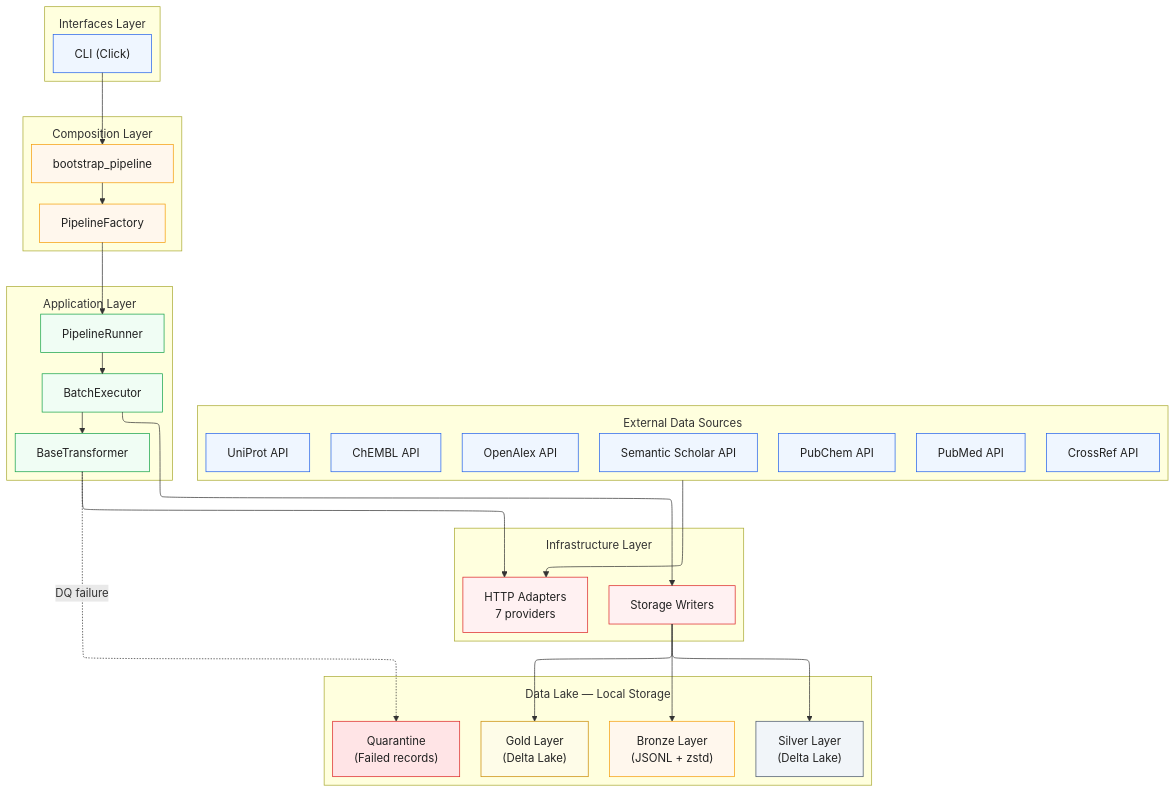
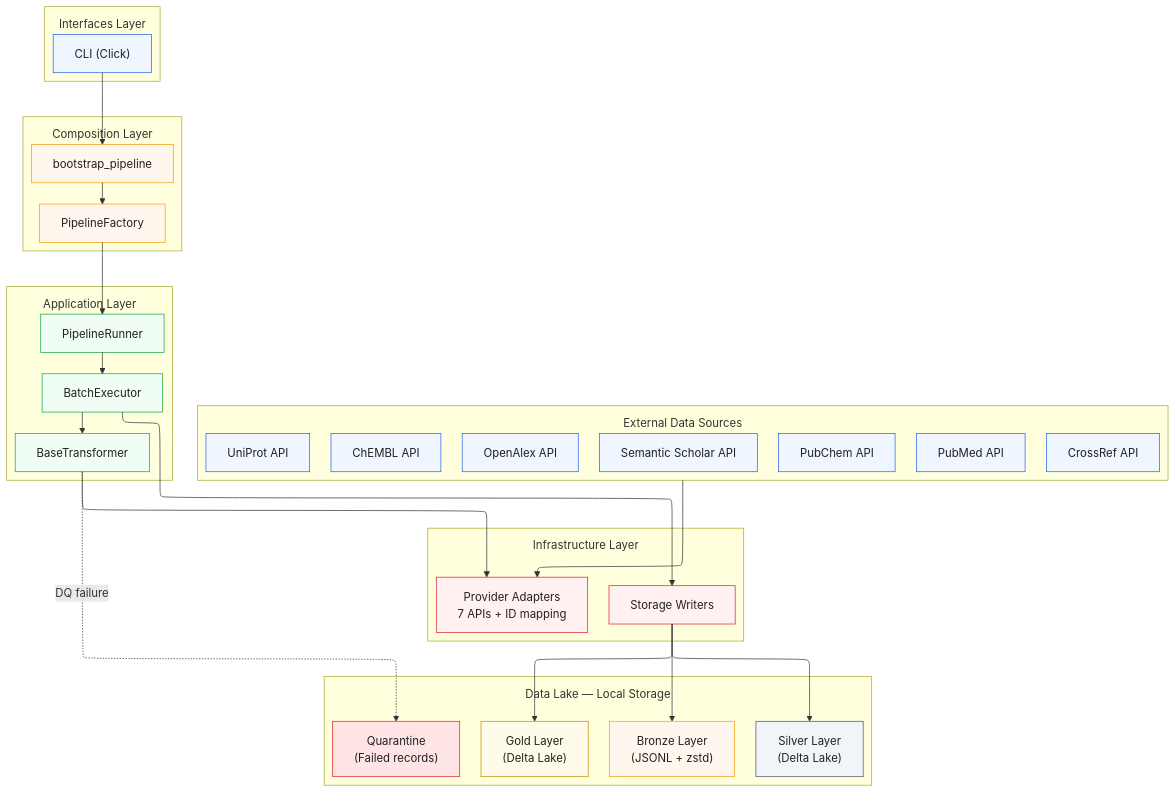
The diagram in docs/02-architecture/diagrams/foundation/01-high-level.mmd (SatoryKono/BioactivityDataAcquisition), drawn with Mermaid before and after one commit. The commit also changed 271 other files, not shown here.

```diff
--- a/docs/02-architecture/diagrams/foundation/01-high-level.mmd
+++ b/docs/02-architecture/diagrams/foundation/01-high-level.mmd
@@ -1,93 +1,93 @@
 %% Title: High-Level System Architecture
 %% Covers: RULES.md §1.1 (Five-Layer Architecture)
 %% Updated: 2026-02-17
 %% Components: CLI, Bootstrap, PipelineFactory, PipelineRunner, BatchExecutor, BaseTransformer, BaseHttpAdapter, BronzeStoragePort, SilverStoragePort, GoldStoragePort
 
 %% @version 1.0.0
 %% @date    2026-02-24
 %% @type    flowchart
 %% @level   Mixed (System / Component / Class)
 %% @nodes   20
 %%{init: {
   'flowchart': {
     'subGraphTitleMargin': { 'top': 12, 'bottom': 12 }
   },
   'layout': 'elk',
   'elk': {
     'mergeEdges': true,
     'nodePlacementStrategy': 'BRANDES_KOEPF',
     'edgeRouting': 'ORTHOGONAL'
   }
 }}%%
 %% @uniform width=120 height=72 max_title_len=12 max_desc_lines=2
 flowchart TD
     subgraph Sources["External Data Sources"]
         A1["ChEMBL API"]
         A2["PubChem API"]
         A3["UniProt API"]
         A4["PubMed API"]
         A5["CrossRef API"]
         A6["OpenAlex API"]
         A7["Semantic Scholar API"]
     end
 
     subgraph Interfaces["Interfaces Layer"]
         CLI["CLI (Click)<br/>"]
     end
 
     subgraph Composition["Composition Layer"]
         Boot[bootstrap_pipeline<br/>]
         Factory[PipelineFactory<br/>]
     end
 
     subgraph Application["Application Layer"]
         Runner[PipelineRunner<br/>]
         Executor[BatchExecutor<br/>]
         Trans[BaseTransformer<br/>]
     end
 
     subgraph Infrastructure["Infrastructure Layer"]
-        Adapters[HTTP Adapters<br/>7 providers]
+        Adapters[Provider Adapters<br/>7 APIs + ID mapping]
         Storage[Storage Writers<br/>]
     end
 
     subgraph Lake["Data Lake — Local Storage"]
         Bronze["Bronze Layer<br/>(JSONL + zstd)"]
         Silver["Silver Layer<br/>(Delta Lake)"]
         Gold["Gold Layer<br/>(Delta Lake)"]
         Quarantine["Quarantine<br/>(Failed records)"]
     end
 
     Sources --> Adapters
     CLI --> Boot
     Boot --> Factory
     Factory --> Runner
     Runner --> Executor
     Executor --> Trans
     Trans --> Adapters
     Storage --> Bronze
     Storage --> Silver
     Storage --> Gold
     Trans -.->|DQ failure| Quarantine
     Executor --> Storage
 
     %% Styling — Medallion color scheme per diagramming policy §4.3
     classDef source fill:#eff6ff,stroke:#2563eb,color:#212121
     classDef iface fill:#eff6ff,stroke:#2563eb,color:#212121
     classDef comp fill:#fff7ed,stroke:#f59e0b,color:#212121
     classDef app fill:#f0fdf4,stroke:#16a34a,color:#212121
     classDef infra fill:#fff1f2,stroke:#dc2626,color:#212121
     classDef bronze fill:#fff7ed,stroke:#f59e0b,color:#212121
     classDef silver fill:#f1f5f9,stroke:#475569,color:#212121
     classDef gold fill:#fefce8,stroke:#ca8a04,color:#212121
     classDef quarantine fill:#ffe4e6,stroke:#dc2626,color:#212121
 
     class A1,A2,A3,A4,A5,A6,A7 source
     class CLI iface
     class Boot,Factory comp
     class Runner,Executor,Trans app
     class Adapters,Storage infra
     class Bronze bronze
     class Silver silver
     class Gold gold
     class Quarantine quarantine
```
